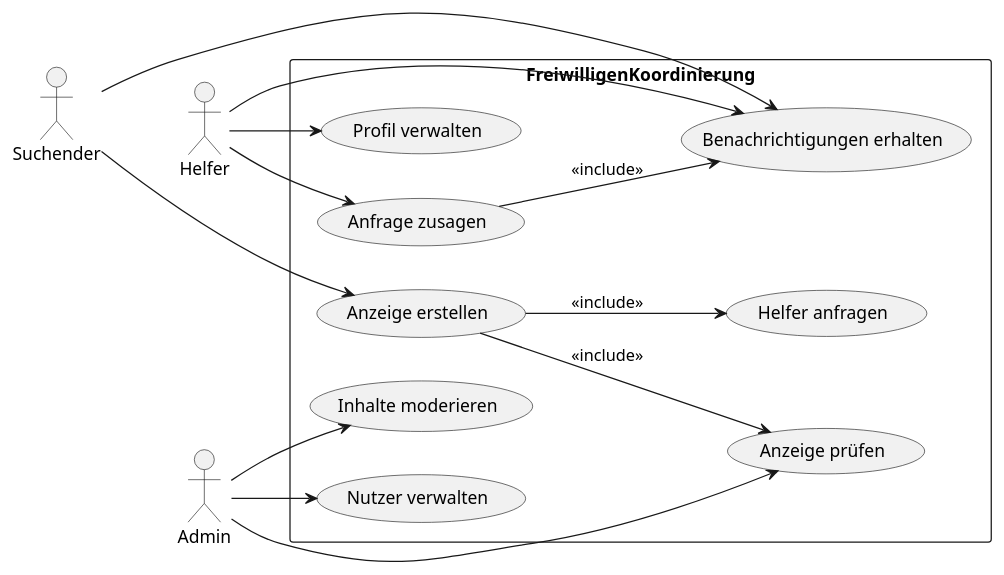
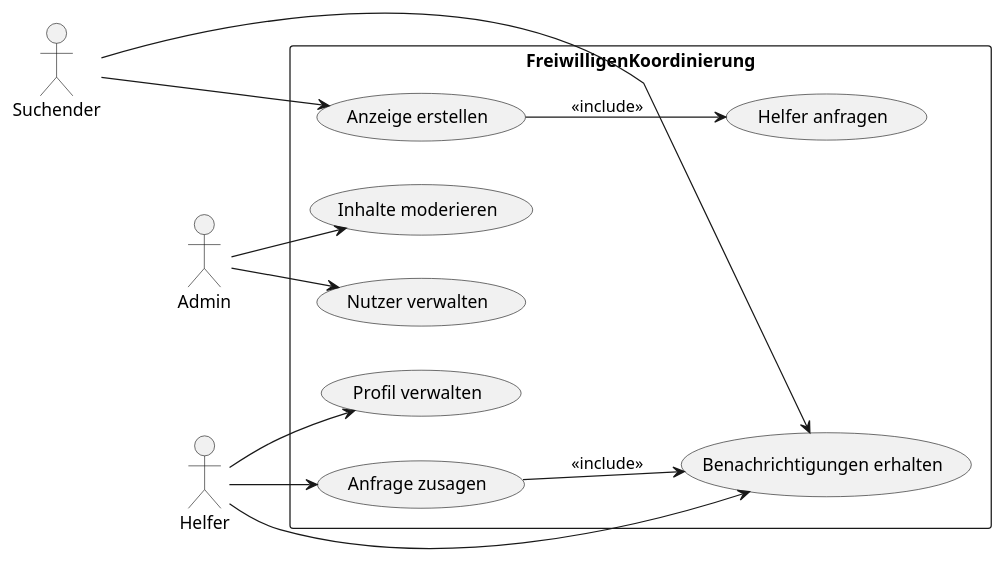
The diagram in usecase1.puml (pxrzivaldev/TeamProjektUML), drawn with PlantUML before and after one commit.

```diff
--- a/usecase1.puml
+++ b/usecase1.puml
@@ -1,27 +1,25 @@
 @startuml
 :Suchender:
 :Helfer:
 :Admin:
 
 left to right direction
 
 rectangle FreiwilligenKoordinierung {
     Suchender ---> (Anzeige erstellen)
     Suchender ---> (Benachrichtigungen erhalten)
     Helfer --> (Benachrichtigungen erhalten)
     Helfer --> (Profil verwalten)
     Helfer --> (Anfrage zusagen)
-    
+
     (Anfrage zusagen) --> (Benachrichtigungen erhalten) : <<include>>
     (Anzeige erstellen) --> (Helfer anfragen):<<include>>
 
-    Admin --> (Anzeige prüfen)
     Admin --> (Nutzer verwalten)
     Admin --> (Inhalte moderieren)
 
-    (Anzeige erstellen) --> (Anzeige prüfen) : <<include>>
 }
 
 
 
 @enduml
```
